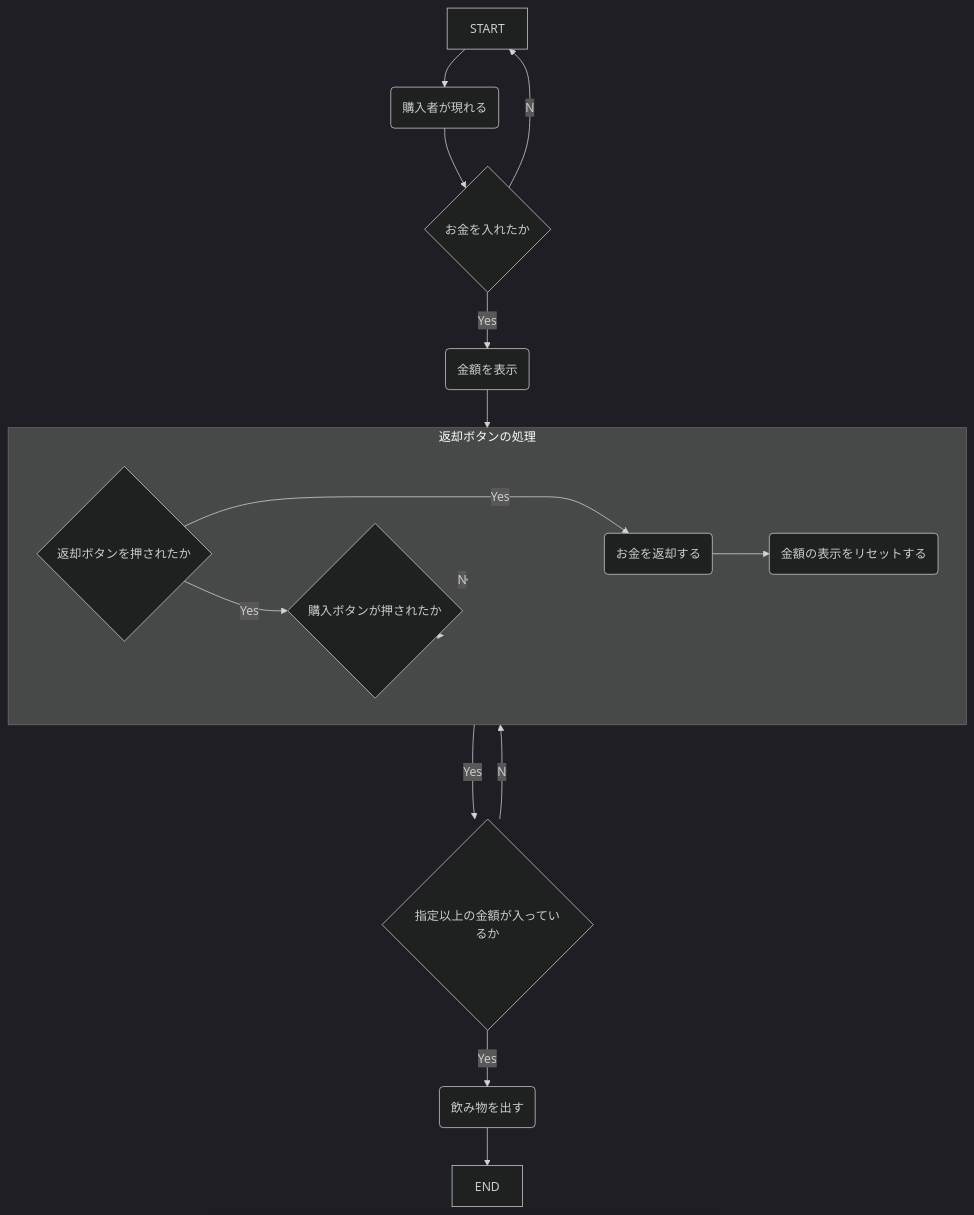
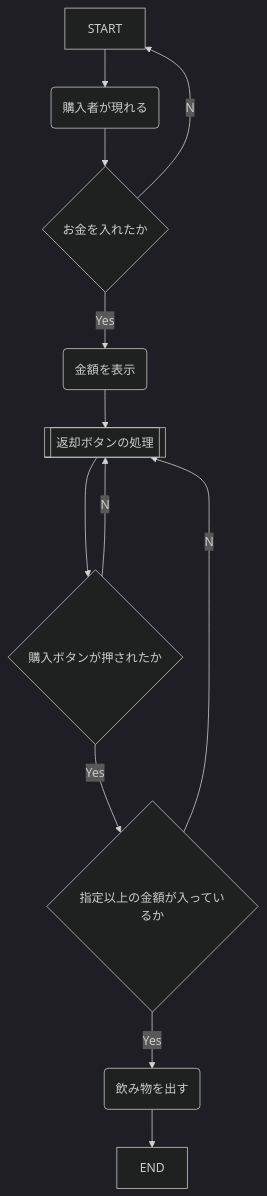
One commit to tpu-game-2022/mermaid_test changed the diagram in README.md. Above: the diagram before and after it, drawn with Mermaid (dark theme).

Commit message:
フローチャートを変更した

````diff
--- a/README.md
+++ b/README.md
@@ -20,19 +20,13 @@
 ```mermaid
 flowchart TB
   START-->A(購入者が現れる)
   A(購入者が現れる)-->B{お金を入れたか}
   B--Yes-->C(金額を表示)
   B--No-->START
-  C-->返却ボタンの処理-->E{購入ボタンが押されたか}
+  C-->H[[返却ボタンの処理]]-->E{購入ボタンが押されたか}
   E{購入ボタンが押されたか}--Yes-->F{指定以上の金額が入っているか}
-  E--No-->返却ボタンの処理
+  E--No-->H[[返却ボタンの処理]]
   F--Yes-->G(飲み物を出す)
-  F--No-->返却ボタンの処理
+  F--No-->H[[返却ボタンの処理]]
   G-->END
- 　subgraph 返却ボタンの処理
-    direction LR
-    D1{返却ボタンを押されたか}--Yes-->D2(お金を返却する)
-    D1--Yes-->E
-    D2-->D3(金額の表示をリセットする)
-  end
 ```
````
